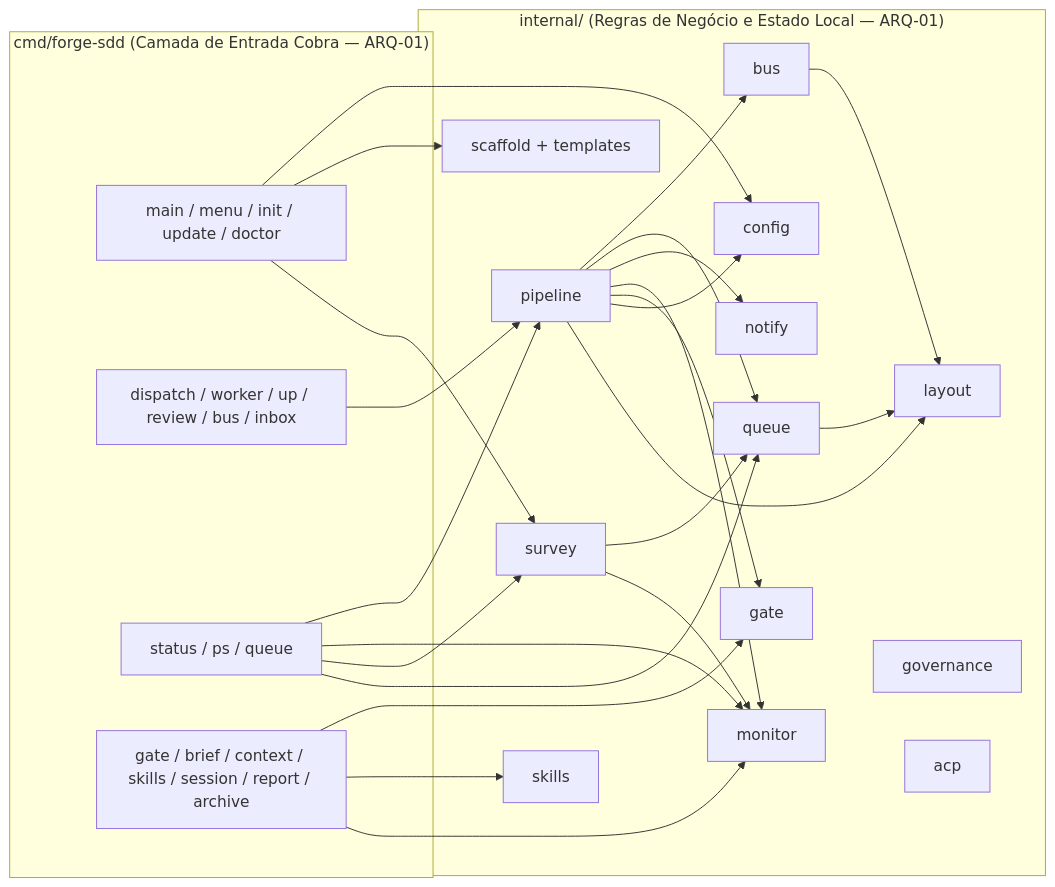
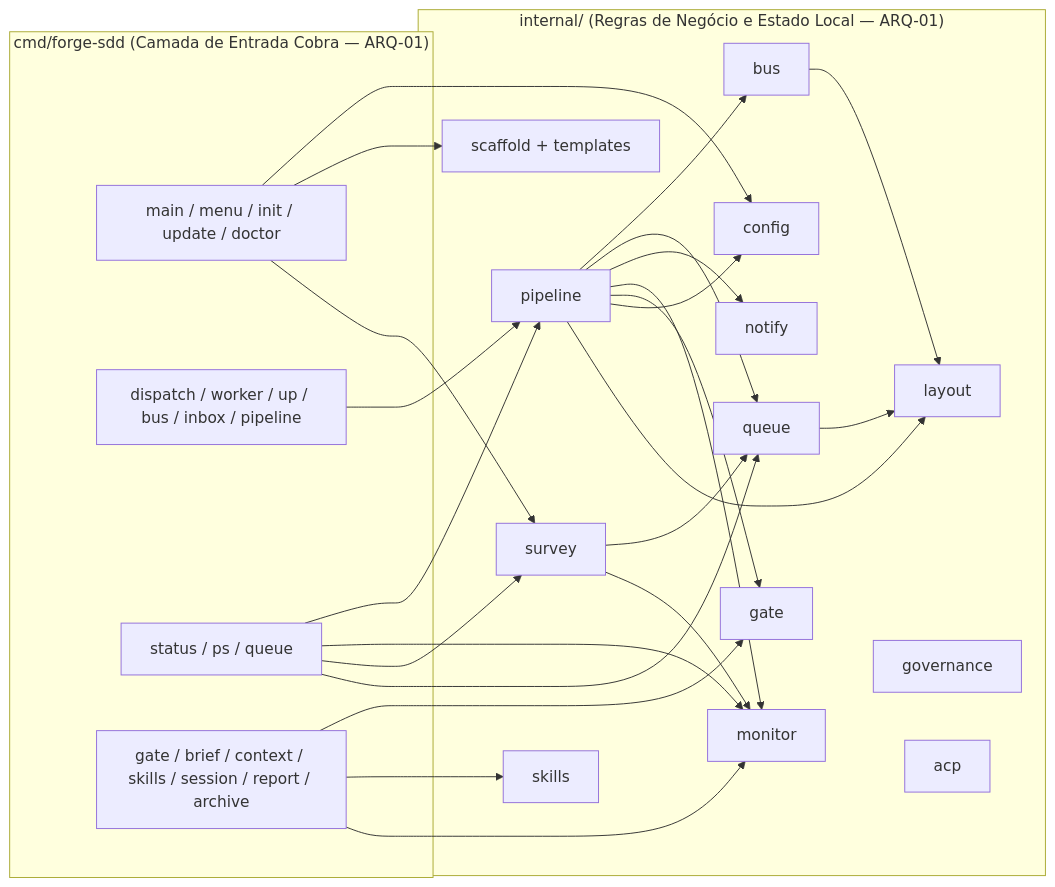
One commit to nathanramorim/forge-sdd changed the diagram in sdd/spec/modules.md. Above: the diagram before and after it, drawn with Mermaid. The commit also changed other lines of this file and 7 other files, not shown here.

````diff
--- a/sdd/spec/modules.md
+++ b/sdd/spec/modules.md
@@ -5,34 +5,34 @@
 ```mermaid
 flowchart LR
     subgraph CLI["cmd/forge-sdd (Camada de Entrada Cobra — ARQ-01)"]
         M["main / menu / init / update / doctor"]
-        PIPE["dispatch / worker / up / review / bus / inbox"]
+        PIPE["dispatch / worker / up / bus / inbox / pipeline"]
         VIS["status / ps / queue"]
         SUP["gate / brief / context / skills / session / report / archive"]
     end
 
     subgraph Core["internal/ (Regras de Negócio e Estado Local — ARQ-01)"]
         LAY["layout"]
         CFG["config"]
         BUS["bus"]
         PIP["pipeline"]
         QUE["queue"]
         MON["monitor"]
         SUR["survey"]
         NOT["notify"]
         GAT["gate"]
         SKL["skills"]
         SCF["scaffold + templates"]
         GOV["governance"]
         ACP["acp"]
     end
 
     M --> CFG & SCF & SUR
     PIPE --> PIP
     VIS --> PIP & MON & SUR & QUE
     SUP --> GAT & SKL & MON
     PIP --> BUS & QUE & NOT & MON & GAT & CFG & LAY
     QUE --> LAY
     BUS --> LAY
     SUR --> QUE & MON
 ```
````
